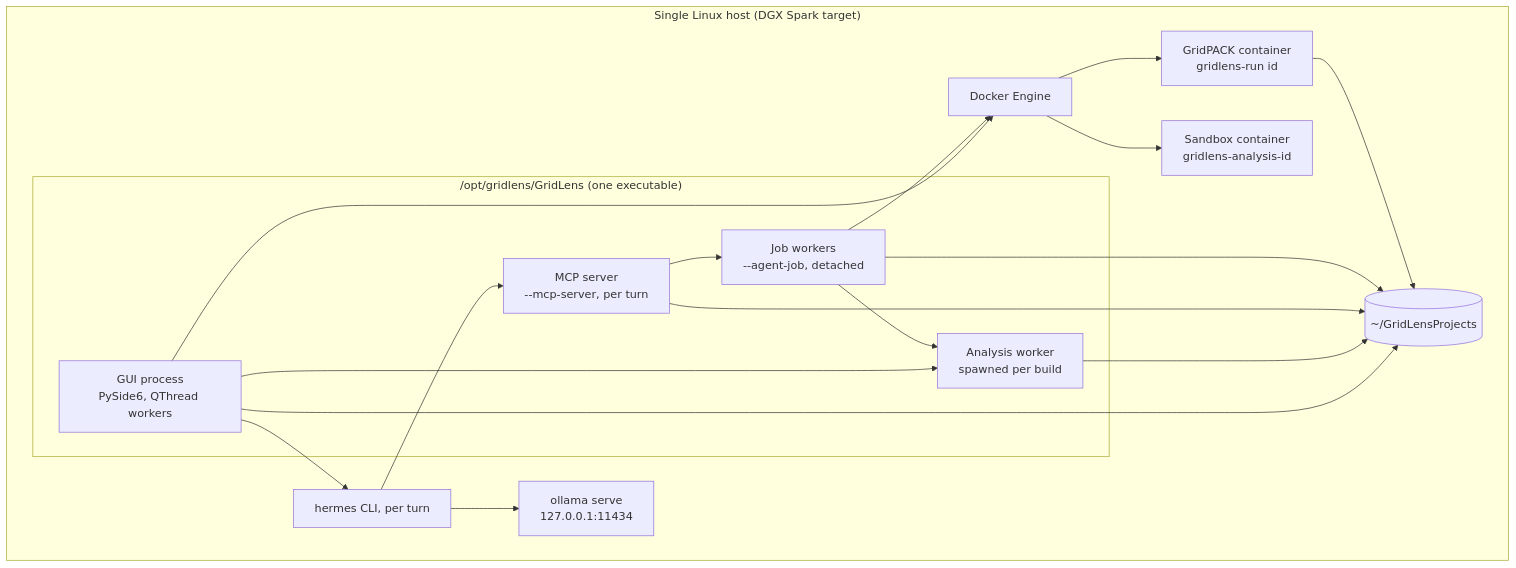
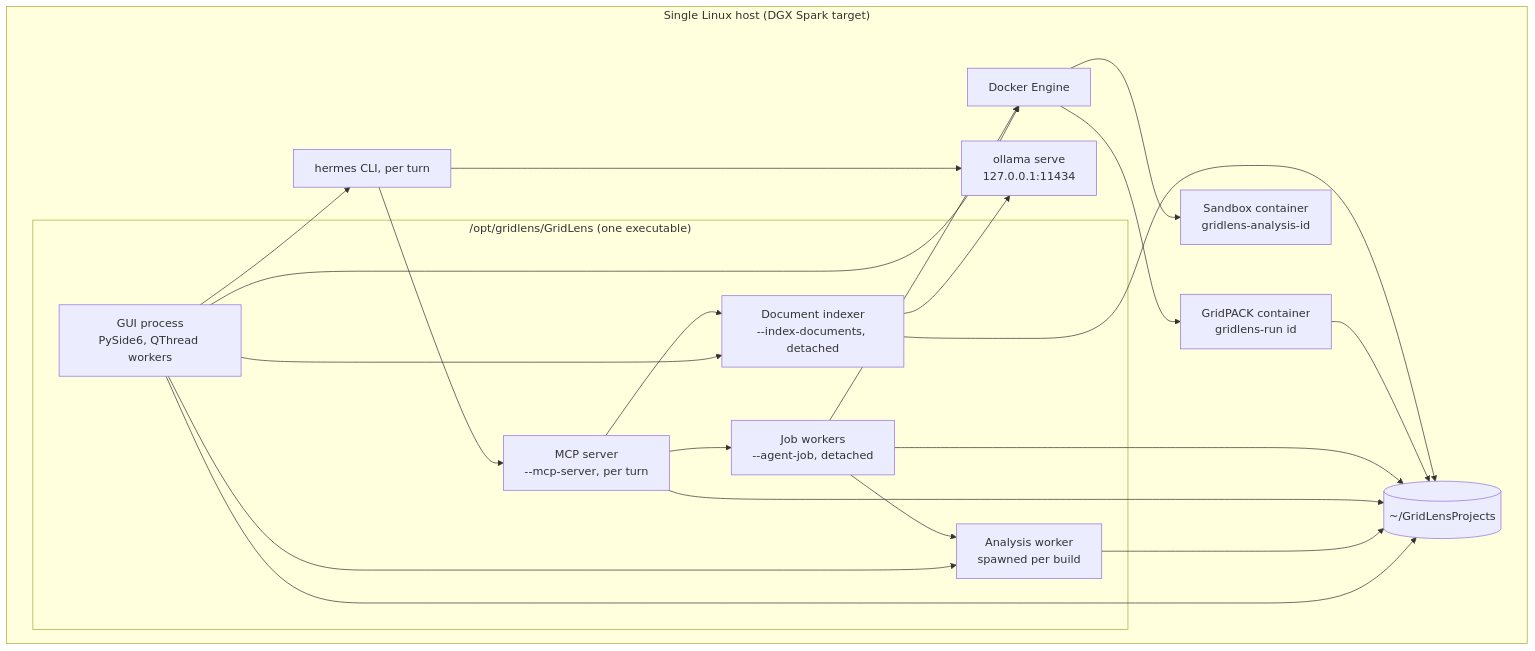
One commit to alexluhuang/GridLens changed the fifth of 5 diagrams in docs/ARCHITECTURE.md. Above: the diagram before and after it, drawn with Mermaid. The commit also changed other lines of this file and 5 other files, not shown here.

First line of the commit message:
Document the reference library and its background indexer

````diff
--- a/docs/ARCHITECTURE.md
+++ b/docs/ARCHITECTURE.md
@@ -754,32 +805,37 @@
 ```mermaid
 flowchart TB
     subgraph machine["Single Linux host (DGX Spark target)"]
         subgraph gl["/opt/gridlens/GridLens (one executable)"]
             gui["GUI process<br/>PySide6, QThread workers"]
             aw["Analysis worker<br/>spawned per build"]
             mcp["MCP server<br/>--mcp-server, per turn"]
             job["Job workers<br/>--agent-job, detached"]
+            idx["Document indexer<br/>--index-documents, detached"]
         end
         hermes["hermes CLI, per turn"]
         ollama["ollama serve<br/>127.0.0.1:11434"]
         dockerd["Docker Engine"]
         gp["GridPACK container<br/>gridlens-run id"]
         sb["Sandbox container<br/>gridlens-analysis-id"]
         disk[("~/GridLensProjects")]
     end
     gui --> aw
     gui --> hermes
     hermes --> mcp
     hermes --> ollama
     mcp --> job
     gui --> dockerd
     job --> dockerd
     job --> aw
     dockerd --> gp
     dockerd --> sb
     gui --> disk
     aw --> disk
     mcp --> disk
     job --> disk
     gp --> disk
+    gui --> idx
+    mcp --> idx
+    idx --> ollama
+    idx --> disk
 ```
````
